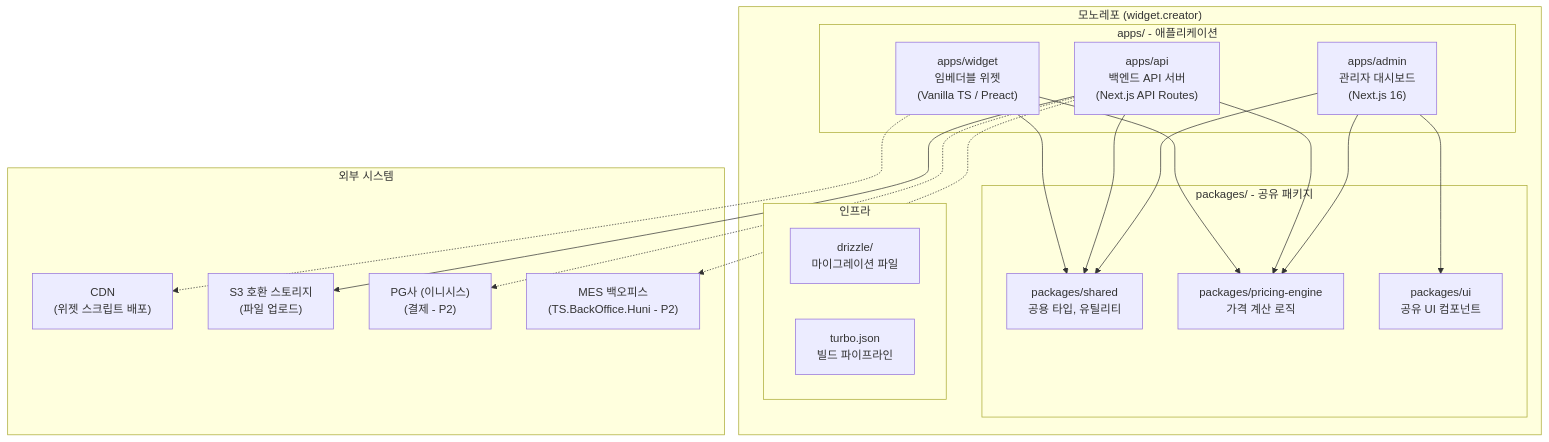
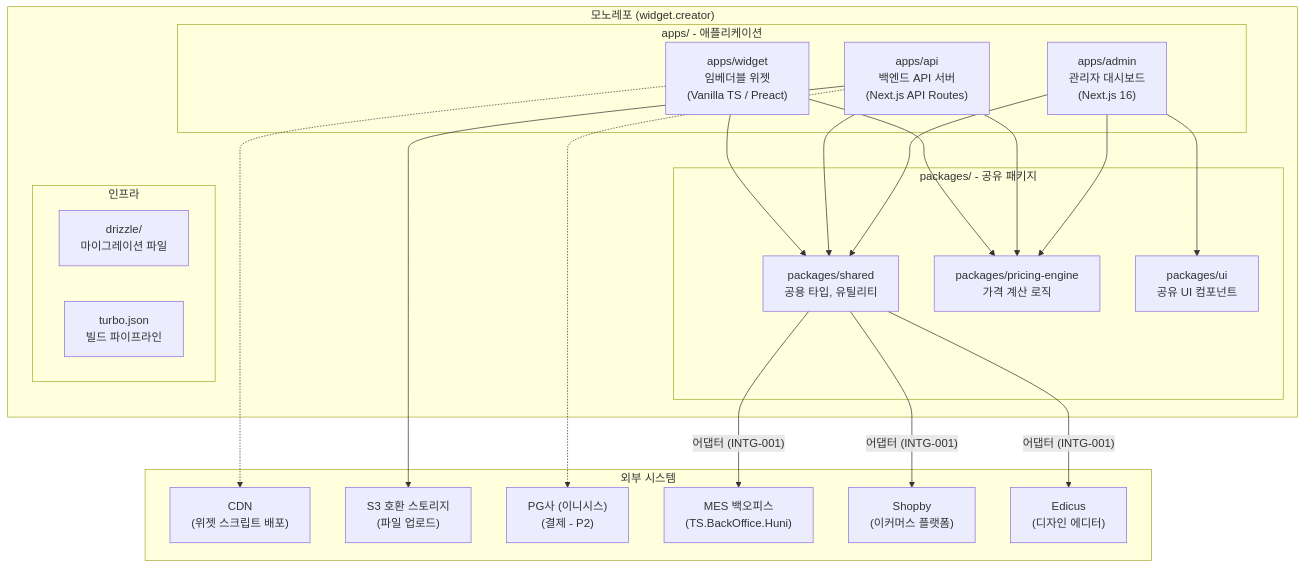
Before and after one commit to skeeper75/widget.creator: the first of 2 diagrams in .moai/project/structure.md, drawn with Mermaid. The commit also changed other lines of this file and 5 other files, not shown here.

````diff
--- a/.moai/project/structure.md
+++ b/.moai/project/structure.md
@@ -7,41 +7,45 @@
 ```mermaid
 graph TB
     subgraph "모노레포 (widget.creator)"
         subgraph "apps/ - 애플리케이션"
             ADMIN["apps/admin<br/>관리자 대시보드<br/>(Next.js 16)"]
             API["apps/api<br/>백엔드 API 서버<br/>(Next.js API Routes)"]
             WIDGET["apps/widget<br/>임베더블 위젯<br/>(Vanilla TS / Preact)"]
         end
 
         subgraph "packages/ - 공유 패키지"
             SHARED["packages/shared<br/>공용 타입, 유틸리티"]
             PRICING["packages/pricing-engine<br/>가격 계산 로직"]
             UI["packages/ui<br/>공유 UI 컴포넌트"]
         end
 
         subgraph "인프라"
             DRIZZLE_DIR["drizzle/<br/>마이그레이션 파일"]
             TURBO["turbo.json<br/>빌드 파이프라인"]
         end
 
         ADMIN --> SHARED
         ADMIN --> UI
         ADMIN --> PRICING
         API --> SHARED
         API --> PRICING
         WIDGET --> SHARED
         WIDGET --> PRICING
     end
 
     subgraph "외부 시스템"
         CDN["CDN<br/>(위젯 스크립트 배포)"]
         S3["S3 호환 스토리지<br/>(파일 업로드)"]
         PG["PG사 (이니시스)<br/>(결제 - P2)"]
-        MES["MES 백오피스<br/>(TS.BackOffice.Huni - P2)"]
+        MES["MES 백오피스<br/>(TS.BackOffice.Huni)"]
+        SHOPBY["Shopby<br/>(이커머스 플랫폼)"]
+        EDICUS["Edicus<br/>(디자인 에디터)"]
     end
 
     WIDGET -.-> CDN
     API --> S3
     API -.-> PG
-    API -.-> MES
+    SHARED -->|"어댑터 (INTG-001)"| MES
+    SHARED -->|"어댑터 (INTG-001)"| SHOPBY
+    SHARED -->|"어댑터 (INTG-001)"| EDICUS
 ```
````
